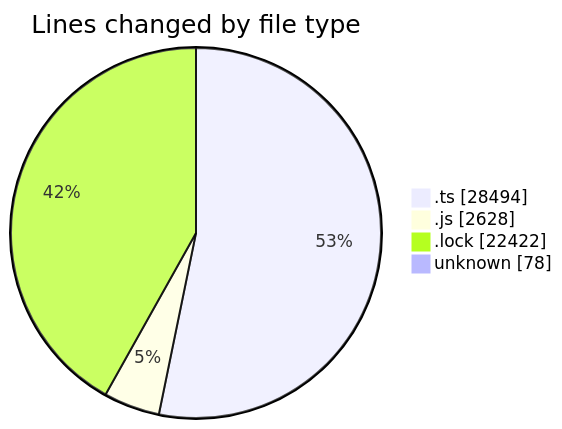
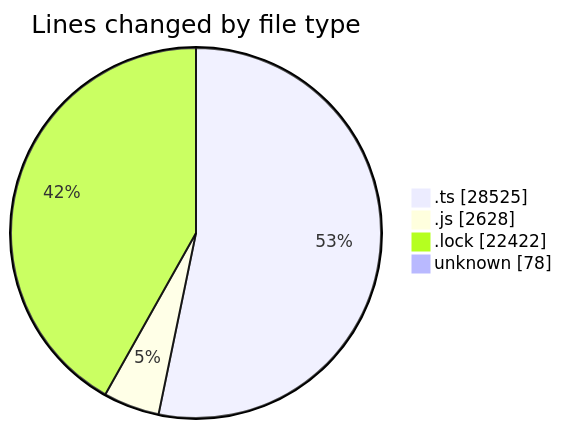
One commit to momahboobian/code-tracking changed the first of 2 diagrams in 2025-05-20/cda/README.md. Above: the diagram before and after it, drawn with Mermaid. The commit also changed other lines of this file and 1 other file, not shown here.

````diff
--- a/2025-05-20/cda/README.md
+++ b/2025-05-20/cda/README.md
@@ -42,8 +42,8 @@
 ```mermaid
 pie showData
 title Lines changed by file type
-".ts" : 28494
+".ts" : 28525
 ".js" : 2628
 ".lock" : 22422
 "unknown" : 78
 ```
````
